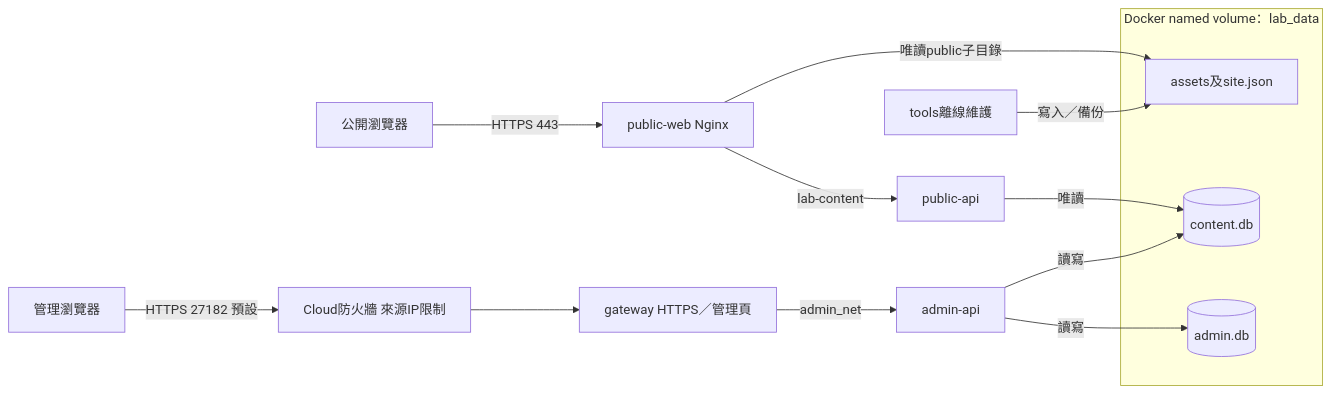
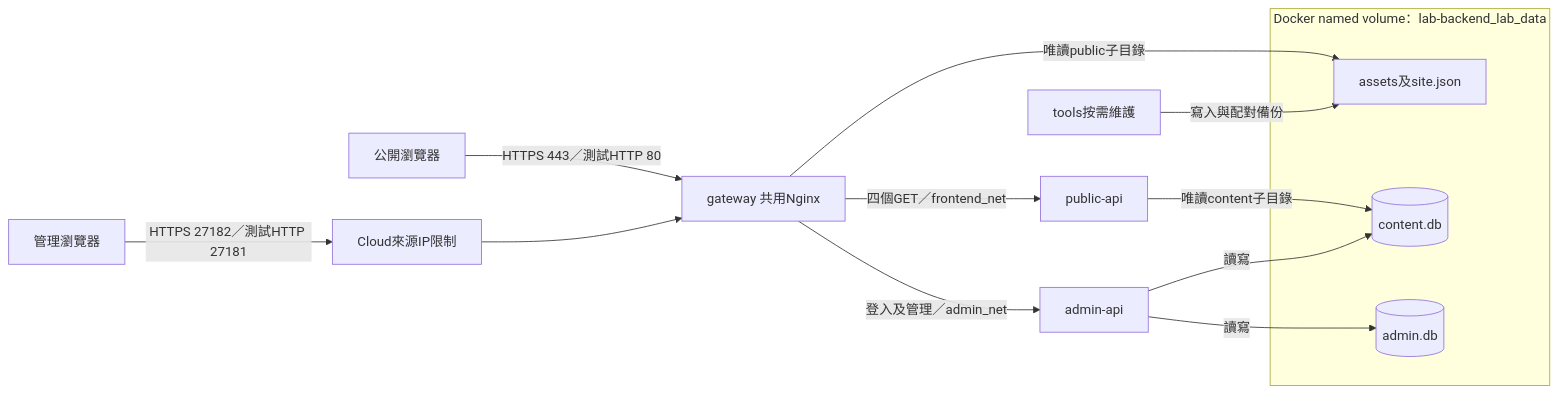
One commit to BigBenlau/lab_backend changed the diagram in ARCHITECTURE.md. Above: the diagram before and after it, drawn with Mermaid. The commit also changed other lines of this file and 27 other files, not shown here.

````diff
--- a/ARCHITECTURE.md
+++ b/ARCHITECTURE.md
@@ -62,18 +62,18 @@
 ```mermaid
 flowchart LR
-  B[公開瀏覽器] -->|HTTPS 443| F[public-web Nginx]
-  F -->|lab-content| P[public-api]
-  F -->|唯讀public子目錄| S[assets及site.json]
-  T[tools離線維護] -->|寫入／備份| S
-  P -->|唯讀| C[(content.db)]
-  A[管理瀏覽器] -->|HTTPS 27182 預設| W[Cloud防火牆 來源IP限制]
-  W --> G[gateway HTTPS／管理頁]
-  G -->|admin_net| M[admin-api]
+  B[公開瀏覽器] -->|HTTPS 443／測試HTTP 80| G[gateway 共用Nginx]
+  A[管理瀏覽器] -->|HTTPS 27182／測試HTTP 27181| W[Cloud來源IP限制]
+  W --> G
+  G -->|四個GET／frontend_net| P[public-api]
+  G -->|登入及管理／admin_net| M[admin-api]
+  G -->|唯讀public子目錄| S[assets及site.json]
+  T[tools按需維護] -->|寫入與配對備份| S
+  P -->|唯讀content子目錄| C[(content.db)]
   M -->|讀寫| C
   M -->|讀寫| D[(admin.db)]
-  subgraph V[Docker named volume：lab_data]
+  subgraph V[Docker named volume：lab-backend_lab_data]
     C
     D
     S
   end
 ```
````
